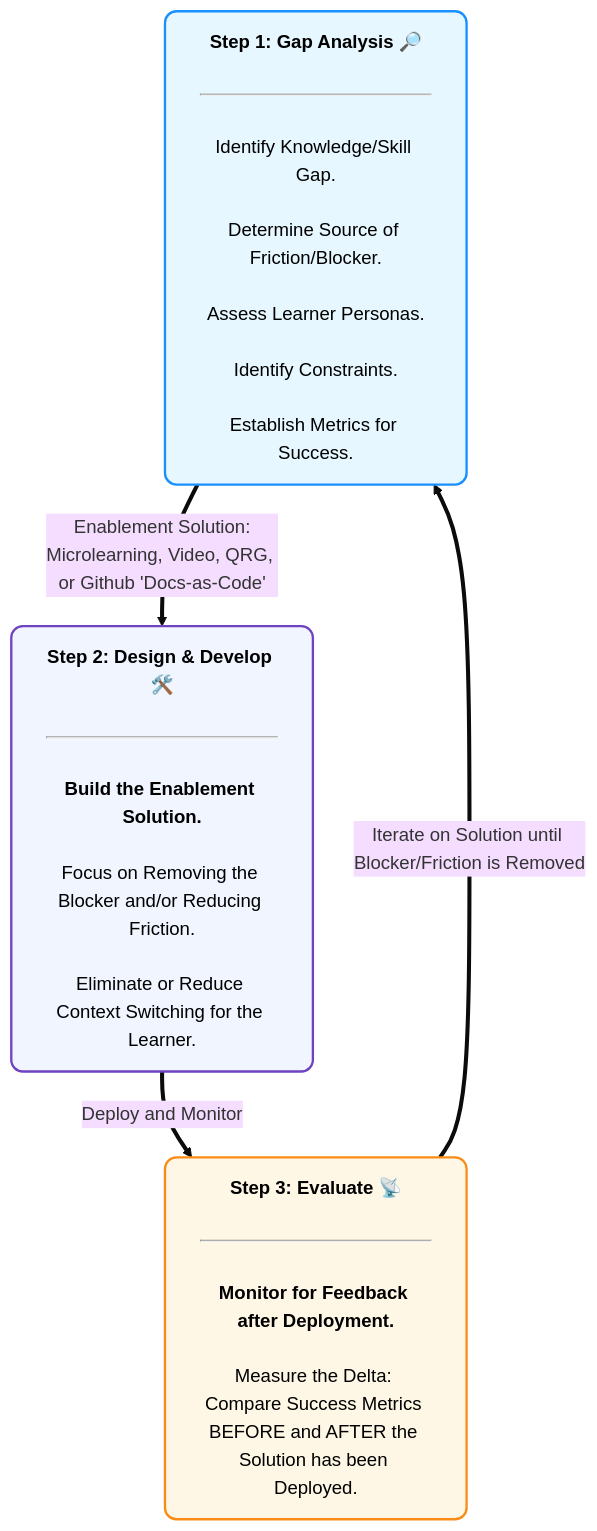
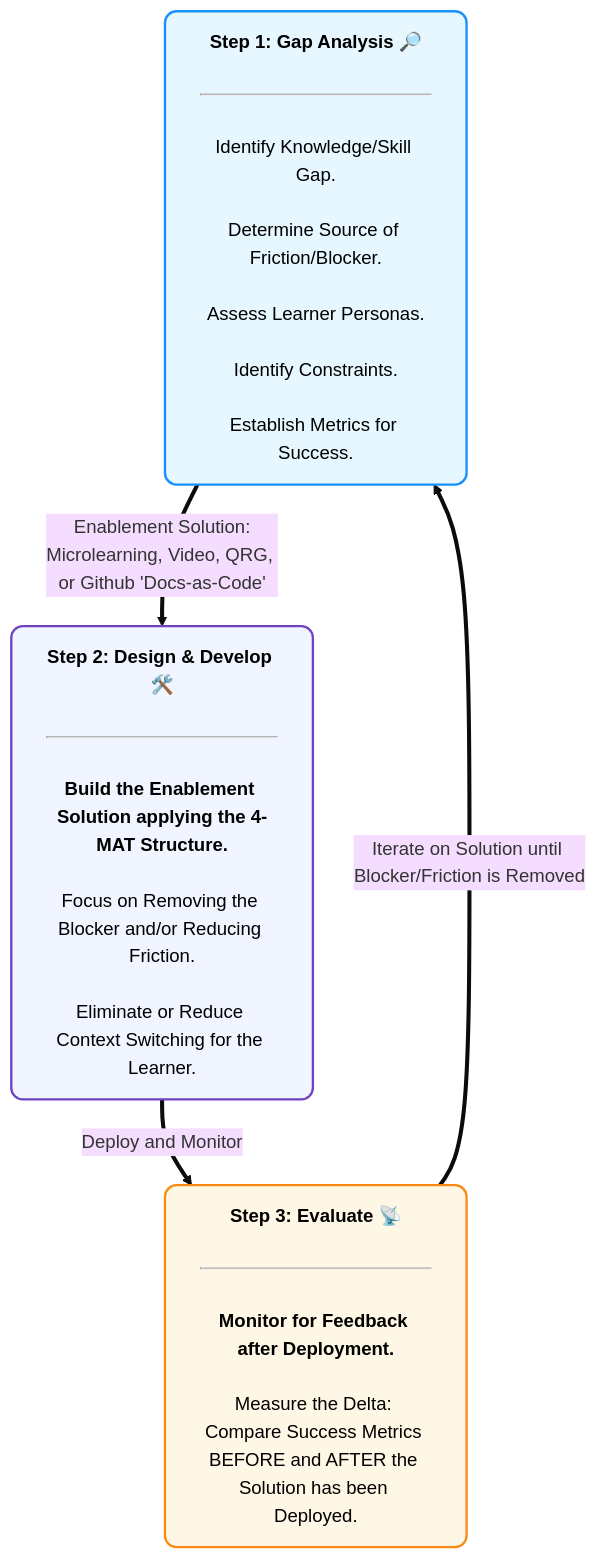
Before and after one commit to WarpSector/Technical-Instructional-Design-and-Enablement: the second of 2 diagrams in README.md, drawn with Mermaid (base theme).

Commit message:
Update README.md
Added "4-MAT Structure" to line 85 of the MVI Visual Workflow

````diff
--- a/README.md
+++ b/README.md
@@ -79,28 +79,28 @@
 ```mermaid
 graph TD
     %% --- Step 1: Gap Analysis ---
     P1["<b><center>Step 1: Gap Analysis 🔎</center></b><br/><hr/><br/><center>Identify Knowledge/Skill Gap.<br/><br/>Determine Source of Friction/Blocker.<br/><br/>Assess Learner Personas.<br/><br/>Identify Constraints.<br/><br/>Establish Metrics for Success.</center>"]
 
     %% --- Step 2: Design & Develop ---
-    P2["<b><center>Step 2: Design & Develop 🛠️</center></b><br/><hr/><br/><b><center>Build the Enablement Solution.</b><br/><br/>Focus on Removing the Blocker and/or Reducing Friction.<br/><br/>Eliminate or Reduce Context Switching for the Learner.</center>"]
+    P2["<b><center>Step 2: Design & Develop 🛠️</center></b><br/><hr/><br/><b><center>Build the Enablement Solution applying the 4-MAT Structure.</b><br/><br/>Focus on Removing the Blocker and/or Reducing Friction.<br/><br/>Eliminate or Reduce Context Switching for the Learner.</center>"]
 
     %% --- Step 3: Deploy & Evaluate ---
     P3["<b><center>Step 3: Evaluate 📡</center></b><br/><hr/><br/><b><center>Monitor for Feedback after Deployment.</b><br/><br/>Measure the Delta: Compare Success Metrics BEFORE and AFTER the Solution has been Deployed.</center>"]
 
     %% --- The Main Flow ---
     P1 ==> |Enablement Solution:<br/>Microlearning, Video, QRG, or Github 'Docs-as-Code'| P2
     P2 ==> |Deploy and Monitor| P3
 
     %% --- The Feedback Loop ---
     P3 ==>|Iterate on Solution until Blocker/Friction is Removed| P1
 
     %% --- Styling ---
     %% Using a progressive color scheme from cold (blue) to hot/live (green/orange)
     classDef init fill:#e6f7ff,stroke:#1890ff,stroke-width:2px,color:#000,rx:10,ry:10,text-align:left;
     classDef transfer fill:#f0f5ff,stroke:#6f42c1,stroke-width:2px,color:#000,rx:10,ry:10,text-align:left;
     classDef exec fill:#fff7e6,stroke:#fa8c16,stroke-width:2px,color:#000,rx:10,ry:10,text-align:left;
 
     class P1 init;
     class P2 transfer;
     class P3 exec;
 ```
````
